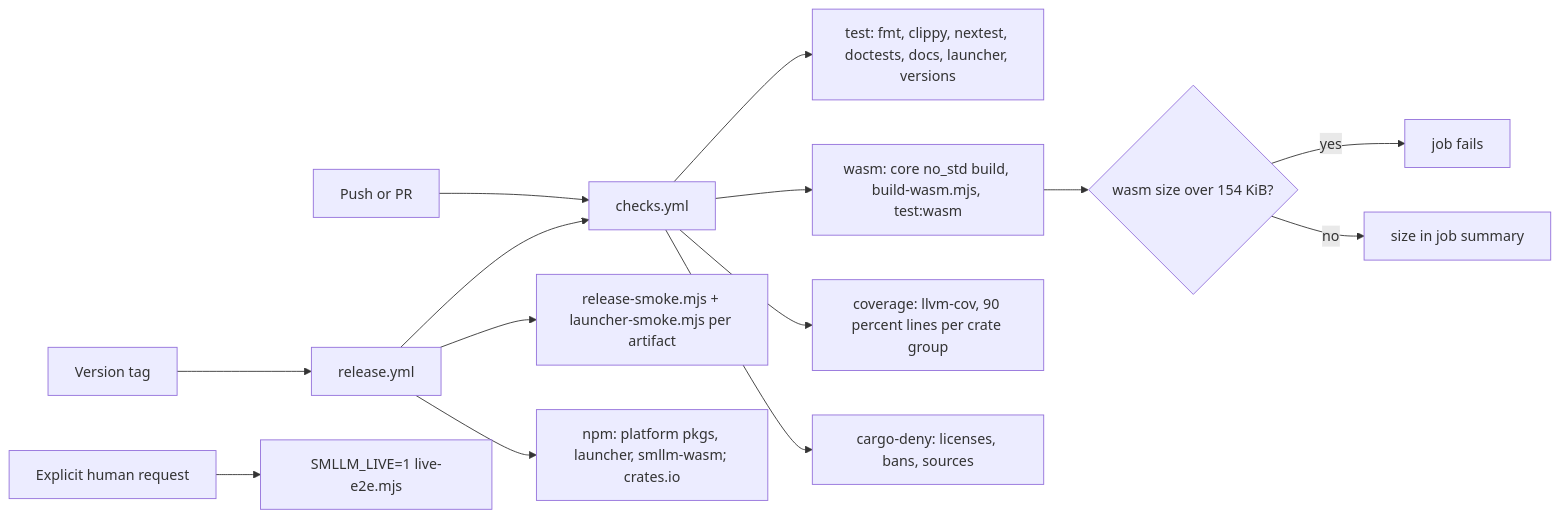
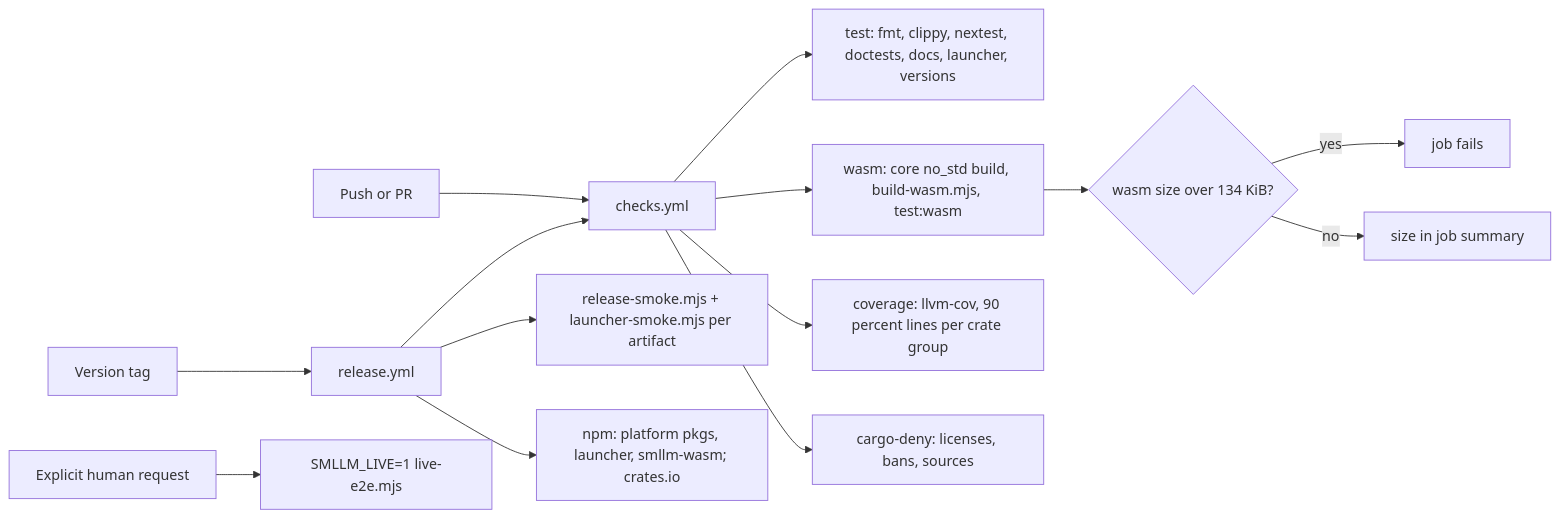
Before and after one commit to six5536/sllm: the diagram in .zen/specs/DESIGN-NFR-quality.md, drawn with Mermaid. The commit also changed other lines of this file and 34 other files, not shown here.

````diff
--- a/.zen/specs/DESIGN-NFR-quality.md
+++ b/.zen/specs/DESIGN-NFR-quality.md
@@ -13,16 +13,16 @@
 ```mermaid
 flowchart LR
     PR[Push or PR] --> Checks[checks.yml]
     Checks --> Test[test: fmt, clippy, nextest, doctests, docs, launcher, versions]
     Checks --> Wasm[wasm: core no_std build, build-wasm.mjs, test:wasm]
     Checks --> Cov[coverage: llvm-cov, 90 percent lines per crate group]
     Checks --> Deny[cargo-deny: licenses, bans, sources]
-    Wasm --> Budget{wasm size over 154 KiB?}
+    Wasm --> Budget{wasm size over 134 KiB?}
     Budget -->|yes| Fail[job fails]
     Budget -->|no| Summary[size in job summary]
     Tag[Version tag] --> Release[release.yml]
     Release --> Checks
     Release --> Smoke[release-smoke.mjs + launcher-smoke.mjs per artifact]
     Release --> Publish[npm: platform pkgs, launcher, smllm-wasm; crates.io]
     Human[Explicit human request] --> Live[SMLLM_LIVE=1 live-e2e.mjs]
 ```
````
